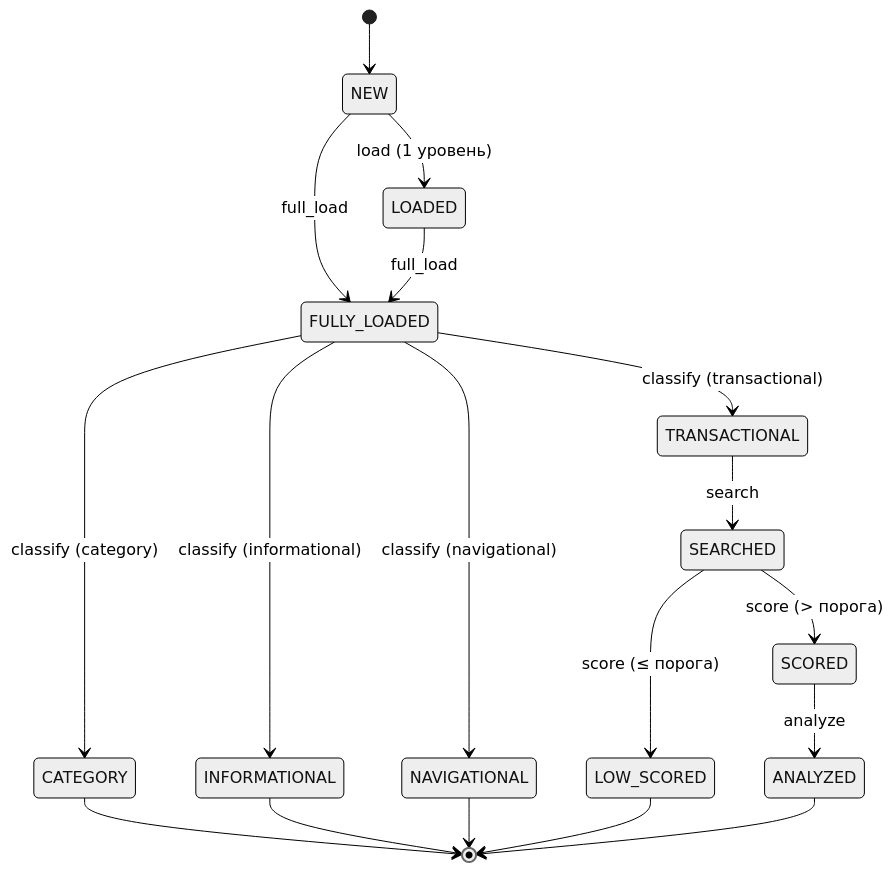
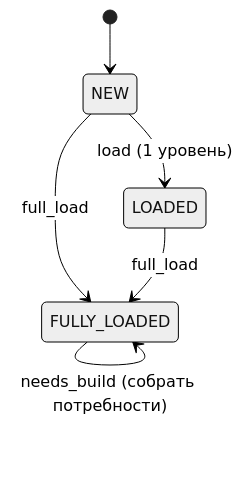
Before and after one commit to bass2008/research-tools: the diagram in docs/design-plan.md, drawn with Mermaid (neutral theme). The commit also changed other lines of this file and 26 other files, not shown here.

````diff
--- a/docs/design-plan.md
+++ b/docs/design-plan.md
@@ -82,20 +68,8 @@
 ```mermaid
 stateDiagram-v2
     [*] --> NEW
     NEW --> LOADED: load (1 уровень)
     NEW --> FULLY_LOADED: full_load
     LOADED --> FULLY_LOADED: full_load
-    FULLY_LOADED --> TRANSACTIONAL: classify (transactional)
-    FULLY_LOADED --> CATEGORY: classify (category)
-    FULLY_LOADED --> INFORMATIONAL: classify (informational)
-    FULLY_LOADED --> NAVIGATIONAL: classify (navigational)
-    TRANSACTIONAL --> SEARCHED: search
-    SEARCHED --> SCORED: score (> порога)
-    SEARCHED --> LOW_SCORED: score (≤ порога)
-    SCORED --> ANALYZED: analyze
-    CATEGORY --> [*]
-    INFORMATIONAL --> [*]
-    NAVIGATIONAL --> [*]
-    LOW_SCORED --> [*]
-    ANALYZED --> [*]
+    FULLY_LOADED --> FULLY_LOADED: needs_build (собрать потребности)
 ```
````
